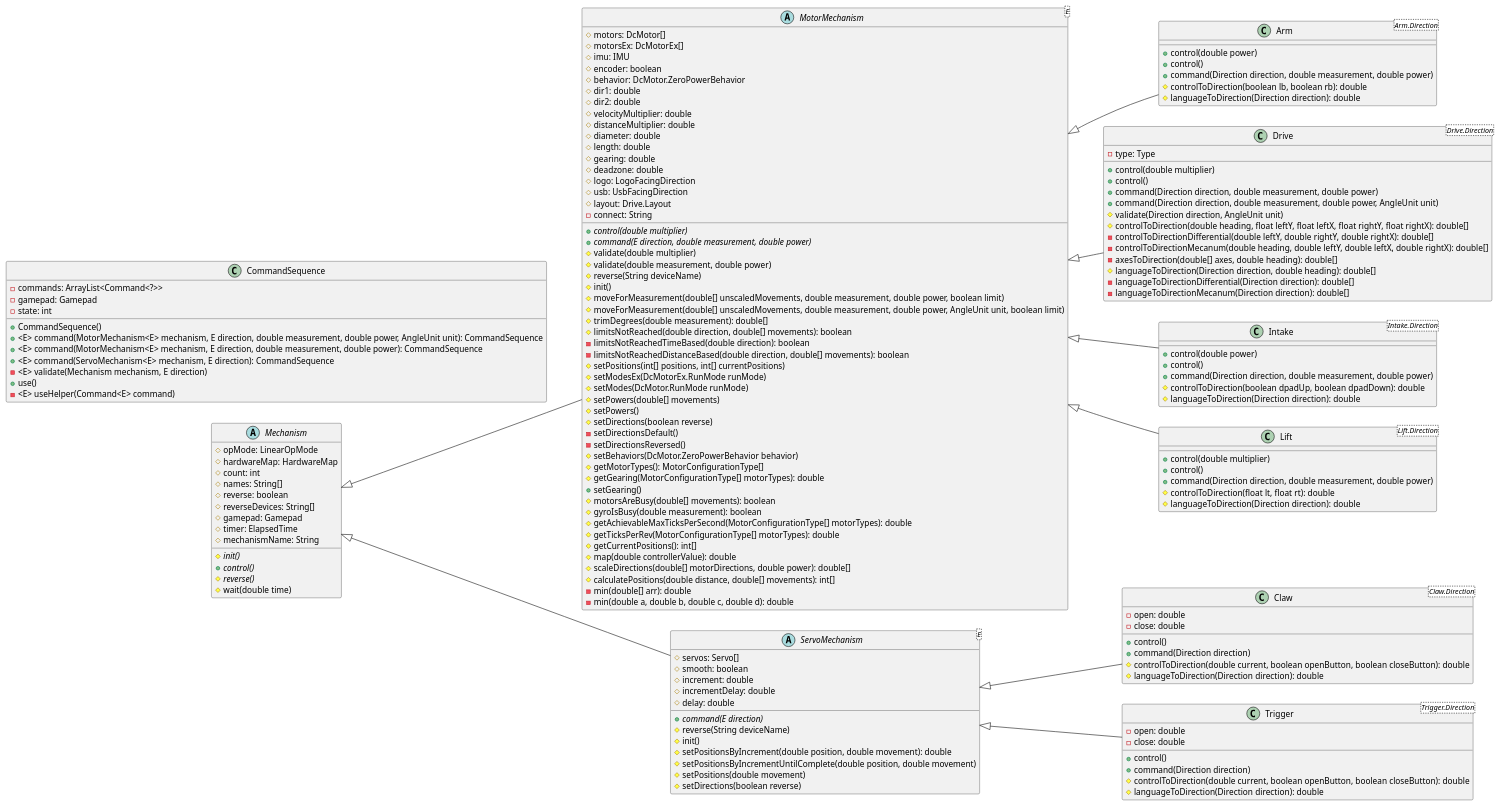
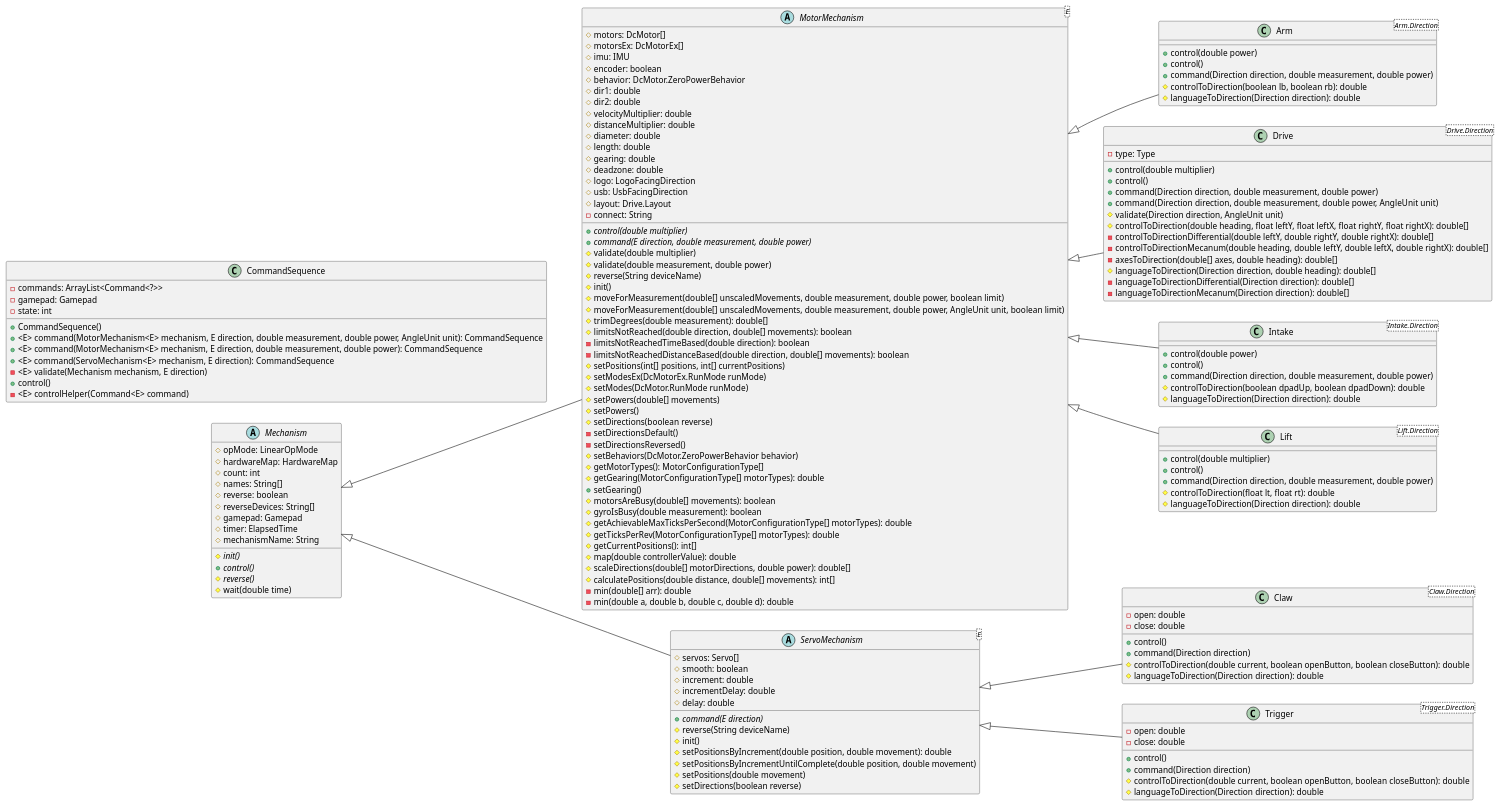
One commit to Collegiate-Edu-Nation/easy-ftc changed the diagram in docs/uml/src/mechanism.puml. Above: the diagram before and after it, drawn with PlantUML. The commit also changed 7 other files, not shown here.

```diff
--- a/docs/uml/src/mechanism.puml
+++ b/docs/uml/src/mechanism.puml
@@ -1,171 +1,171 @@
 @startuml
 
 left to right direction
 
 abstract class Mechanism {
     # opMode: LinearOpMode
     # hardwareMap: HardwareMap
     # count: int
     # names: String[]
     # reverse: boolean
     # reverseDevices: String[]
     # gamepad: Gamepad
     # timer: ElapsedTime
     # mechanismName: String
     {abstract}# init()
     {abstract}+ control()
     {abstract}# reverse()
     # wait(double time)
 }
 
 abstract class MotorMechanism<E> {
     # motors: DcMotor[] 
     # motorsEx: DcMotorEx[] 
     # imu: IMU
     # encoder: boolean
     # behavior: DcMotor.ZeroPowerBehavior
     # dir1: double
     # dir2: double
     # velocityMultiplier: double
     # distanceMultiplier: double
     # diameter: double
     # length: double
     # gearing: double
     # deadzone: double
     # logo: LogoFacingDirection
     # usb: UsbFacingDirection
     # layout: Drive.Layout
     - connect: String
     {abstract}+ control(double multiplier)
     {abstract}+ command(E direction, double measurement, double power)
     # validate(double multiplier)
     # validate(double measurement, double power)
     # reverse(String deviceName)
     # init()
     # moveForMeasurement(double[] unscaledMovements, double measurement, double power, boolean limit)
     # moveForMeasurement(double[] unscaledMovements, double measurement, double power, AngleUnit unit, boolean limit)
     # trimDegrees(double measurement): double[]
     # limitsNotReached(double direction, double[] movements): boolean
     - limitsNotReachedTimeBased(double direction): boolean
     - limitsNotReachedDistanceBased(double direction, double[] movements): boolean
     # setPositions(int[] positions, int[] currentPositions)
     # setModesEx(DcMotorEx.RunMode runMode)
     # setModes(DcMotor.RunMode runMode)
     # setPowers(double[] movements)
     # setPowers()
     # setDirections(boolean reverse)
     - setDirectionsDefault()
     - setDirectionsReversed()
     # setBehaviors(DcMotor.ZeroPowerBehavior behavior)
     # getMotorTypes(): MotorConfigurationType[]
     # getGearing(MotorConfigurationType[] motorTypes): double
     + setGearing()
     # motorsAreBusy(double[] movements): boolean
     # gyroIsBusy(double measurement): boolean
     # getAchievableMaxTicksPerSecond(MotorConfigurationType[] motorTypes): double
     # getTicksPerRev(MotorConfigurationType[] motorTypes): double
     # getCurrentPositions(): int[]
     # map(double controllerValue): double
     # scaleDirections(double[] motorDirections, double power): double[]
     # calculatePositions(double distance, double[] movements): int[]
     - min(double[] arr): double
     - min(double a, double b, double c, double d): double
 }
 
 abstract class ServoMechanism<E> {
     # servos: Servo[]
     # smooth: boolean
     # increment: double
     # incrementDelay: double
     # delay: double
     {abstract}+ command(E direction)
     # reverse(String deviceName)
     # init()
     # setPositionsByIncrement(double position, double movement): double
     # setPositionsByIncrementUntilComplete(double position, double movement)
     # setPositions(double movement)
     # setDirections(boolean reverse)
 }
 
 class CommandSequence {
     - commands: ArrayList<Command<?>>
     - gamepad: Gamepad
     - state: int
     + CommandSequence()
     + <E> command(MotorMechanism<E> mechanism, E direction, double measurement, double power, AngleUnit unit): CommandSequence
     + <E> command(MotorMechanism<E> mechanism, E direction, double measurement, double power): CommandSequence
     + <E> command(ServoMechanism<E> mechanism, E direction): CommandSequence
     - <E> validate(Mechanism mechanism, E direction)
-    + use()
-    - <E> useHelper(Command<E> command)
+    + control()
+    - <E> controlHelper(Command<E> command)
 }
 
 class Arm<Arm.Direction> {
     + control(double power)
     + control()
     + command(Direction direction, double measurement, double power)
     # controlToDirection(boolean lb, boolean rb): double
     # languageToDirection(Direction direction): double
 }
 
 class Claw<Claw.Direction> {
     - open: double
     - close: double
     + control()
     + command(Direction direction)
     # controlToDirection(double current, boolean openButton, boolean closeButton): double
     # languageToDirection(Direction direction): double
 }
 
 class Drive<Drive.Direction> {
     - type: Type
     + control(double multiplier)
     + control()
     + command(Direction direction, double measurement, double power)
     + command(Direction direction, double measurement, double power, AngleUnit unit)
     # validate(Direction direction, AngleUnit unit)
     # controlToDirection(double heading, float leftY, float leftX, float rightY, float rightX): double[]
     - controlToDirectionDifferential(double leftY, double rightY, double rightX): double[]
     - controlToDirectionMecanum(double heading, double leftY, double leftX, double rightX): double[]
     - axesToDirection(double[] axes, double heading): double[]
     # languageToDirection(Direction direction, double heading): double[]
     - languageToDirectionDifferential(Direction direction): double[]
     - languageToDirectionMecanum(Direction direction): double[]
 }
 
 class Intake<Intake.Direction> {
     + control(double power)
     + control()
     + command(Direction direction, double measurement, double power)
     # controlToDirection(boolean dpadUp, boolean dpadDown): double
     # languageToDirection(Direction direction): double
 }
 
 class Lift<Lift.Direction> {
     + control(double multiplier)
     + control()
     + command(Direction direction, double measurement, double power)
     # controlToDirection(float lt, float rt): double
     # languageToDirection(Direction direction): double
 }
 
 class Trigger<Trigger.Direction> {
     - open: double
     - close: double
     + control()
     + command(Direction direction)
     # controlToDirection(double current, boolean openButton, boolean closeButton): double
     # languageToDirection(Direction direction): double
 }
 
 Mechanism <|-- MotorMechanism
 Mechanism <|-- ServoMechanism
 
 MotorMechanism <|-- Arm
 ServoMechanism <|-- Claw
 MotorMechanism <|-- Drive
 MotorMechanism <|-- Intake
 MotorMechanism <|-- Lift
 ServoMechanism <|-- Trigger
 
 @enduml
```
